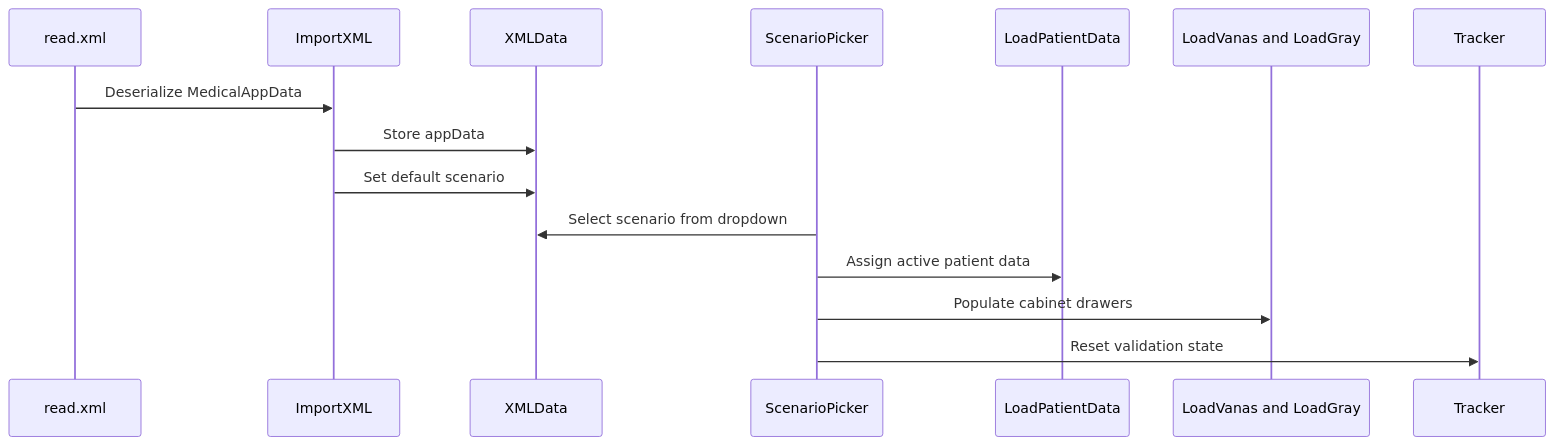
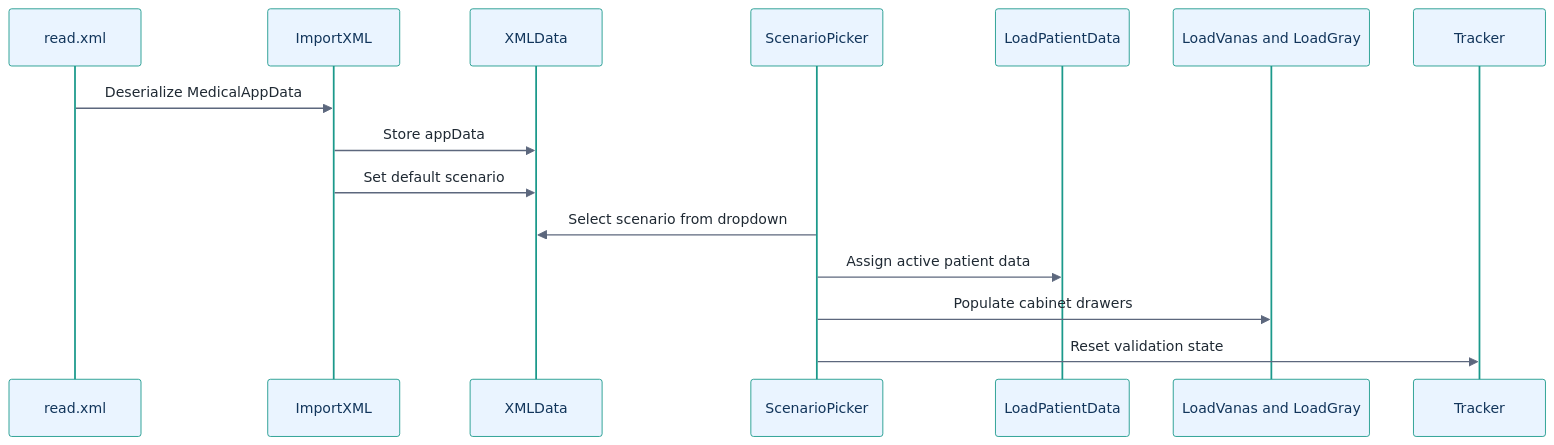
One commit to djdcybersecurity/vr-healthcare-simulator changed the fifth of 10 diagrams in README.md. Above: the diagram before and after it, drawn with Mermaid. The commit also changed other lines of this file, not shown here.

Commit message:
Improve README Mermaid diagrams

````diff
--- a/README.md
+++ b/README.md
@@ -281,18 +339,19 @@
 ```mermaid
+%%{init: {'theme': 'base', 'themeVariables': { 'actorBkg': '#EAF4FF', 'actorBorder': '#1B998B', 'actorTextColor': '#12355B', 'activationBkgColor': '#F2A541', 'activationBorderColor': '#B66D00', 'sequenceNumberColor': '#FFFFFF', 'signalColor': '#5C677D', 'signalTextColor': '#1F2933', 'noteBkgColor': '#EAF4FF', 'noteTextColor': '#12355B', 'fontFamily': 'Arial'}}}%%
 sequenceDiagram
     participant XML as read.xml
     participant Importer as ImportXML
     participant State as XMLData
     participant Picker as ScenarioPicker
     participant Patient as LoadPatientData
     participant Cabinet as LoadVanas and LoadGray
     participant Tracker as Tracker
 
     XML->>Importer: Deserialize MedicalAppData
     Importer->>State: Store appData
     Importer->>State: Set default scenario
     Picker->>State: Select scenario from dropdown
     Picker->>Patient: Assign active patient data
     Picker->>Cabinet: Populate cabinet drawers
     Picker->>Tracker: Reset validation state
 ```
````
